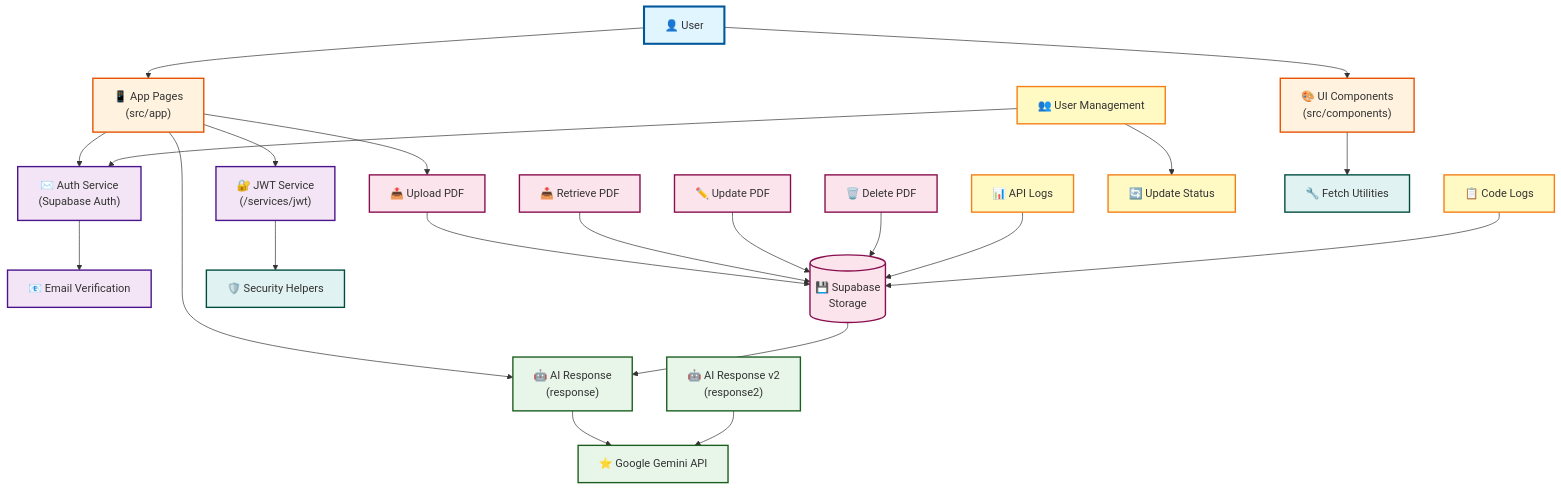
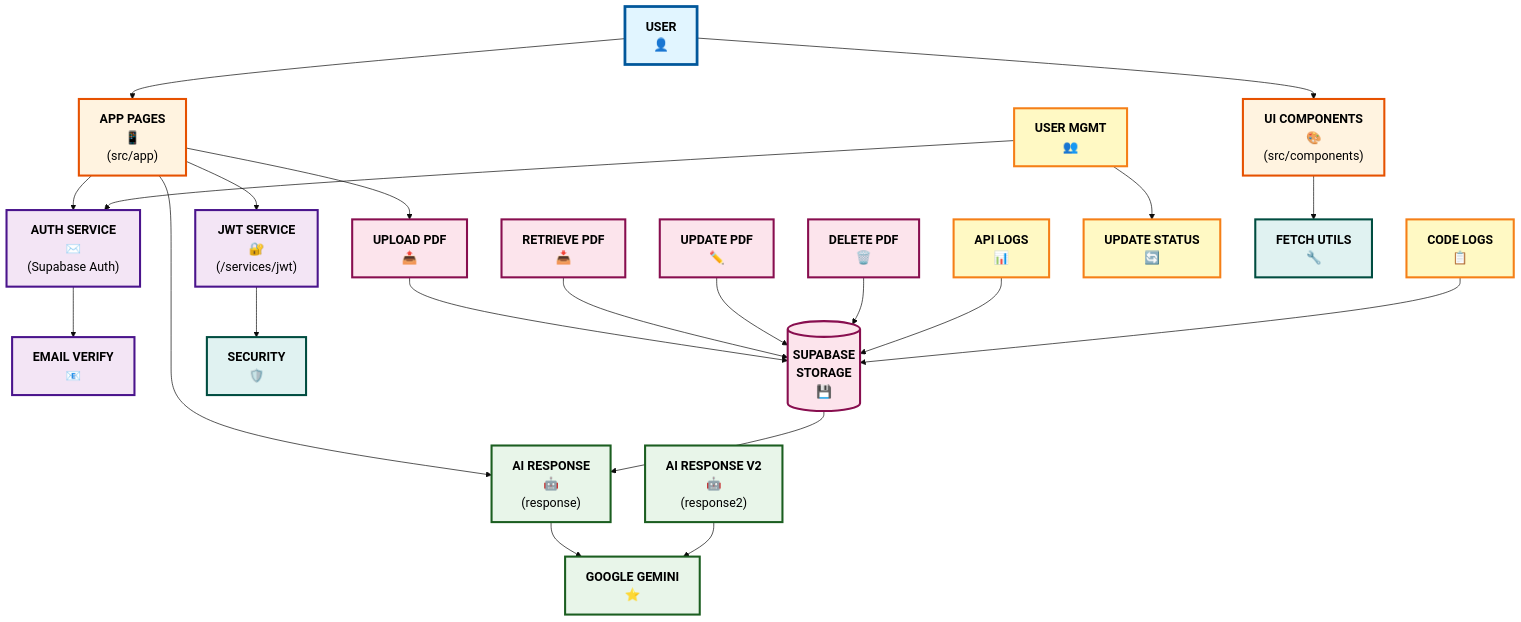
One commit to cordyStackX/lccb_ai_2 changed the diagram in README.md. Above: the diagram before and after it, drawn with Mermaid.

Commit message:
feat: enhance architecture diagram in README with improved labeling and styling for better readability

````diff
--- a/README.md
+++ b/README.md
@@ -71,38 +71,39 @@
 ```mermaid
+%%{init: {'theme':'base', 'themeVariables': {'fontSize':'18px', 'fontFamily':'arial'}}}%%
 flowchart TD
     %% ===== User Interface =====
-    User["👤 User"]
+    User["<b>USER</b><br/>👤"]
     
     %% ===== Presentation Layer =====
-    UI_Pages["📱 App Pages<br/>(src/app)"]
-    UI_Components["🎨 UI Components<br/>(src/components)"]
+    UI_Pages["<b>APP PAGES</b><br/>📱<br/>(src/app)"]
+    UI_Components["<b>UI COMPONENTS</b><br/>🎨<br/>(src/components)"]
     
     %% ===== Authentication Layer =====
-    JWT_Service["🔐 JWT Service<br/>(/services/jwt)"]
-    Auth_Service["✉️ Auth Service<br/>(Supabase Auth)"]
-    Email_Verification["📧 Email Verification"]
+    JWT_Service["<b>JWT SERVICE</b><br/>🔐<br/>(/services/jwt)"]
+    Auth_Service["<b>AUTH SERVICE</b><br/>✉️<br/>(Supabase Auth)"]
+    Email_Verification["<b>EMAIL VERIFY</b><br/>📧"]
     
     %% ===== AI Processing =====
-    AI_Response["🤖 AI Response<br/>(response)"]
-    AI_Response2["🤖 AI Response v2<br/>(response2)"]
-    Gemini_API["⭐ Google Gemini API"]
+    AI_Response["<b>AI RESPONSE</b><br/>🤖<br/>(response)"]
+    AI_Response2["<b>AI RESPONSE V2</b><br/>🤖<br/>(response2)"]
+    Gemini_API["<b>GOOGLE GEMINI</b><br/>⭐"]
     
     %% ===== Storage Layer =====
-    Upload_PDF["📤 Upload PDF"]
-    Retrieve_PDF["📥 Retrieve PDF"]
-    Update_PDF["✏️ Update PDF"]
-    Delete_PDF["🗑️ Delete PDF"]
-    Storage[("💾 Supabase<br/>Storage")]
+    Upload_PDF["<b>UPLOAD PDF</b><br/>📤"]
+    Retrieve_PDF["<b>RETRIEVE PDF</b><br/>📥"]
+    Update_PDF["<b>UPDATE PDF</b><br/>✏️"]
+    Delete_PDF["<b>DELETE PDF</b><br/>🗑️"]
+    Storage[("<b>SUPABASE<br/>STORAGE</b><br/>💾")]
     
     %% ===== Admin Services =====
-    Manage_User["👥 User Management"]
-    API_Logs["📊 API Logs"]
-    Code_Logs["📋 Code Logs"]
-    Update_Status["🔄 Update Status"]
+    Manage_User["<b>USER MGMT</b><br/>👥"]
+    API_Logs["<b>API LOGS</b><br/>📊"]
+    Code_Logs["<b>CODE LOGS</b><br/>📋"]
+    Update_Status["<b>UPDATE STATUS</b><br/>🔄"]
     
     %% ===== Utilities =====
-    Security_Helper["🛡️ Security Helpers"]
-    Fetch_Utils["🔧 Fetch Utilities"]
+    Security_Helper["<b>SECURITY</b><br/>🛡️"]
+    Fetch_Utils["<b>FETCH UTILS</b><br/>🔧"]
     
     %% ===== Flow Connections =====
     User --> UI_Pages
@@ -135,13 +136,13 @@
     Storage --> AI_Response
     
     %% ===== Styling =====
-    classDef userStyle fill:#e1f5ff,stroke:#01579b,stroke-width:3px
-    classDef uiStyle fill:#fff3e0,stroke:#e65100,stroke-width:2px
-    classDef authStyle fill:#f3e5f5,stroke:#4a148c,stroke-width:2px
-    classDef aiStyle fill:#e8f5e9,stroke:#1b5e20,stroke-width:2px
-    classDef storageStyle fill:#fce4ec,stroke:#880e4f,stroke-width:2px
-    classDef adminStyle fill:#fff9c4,stroke:#f57f17,stroke-width:2px
-    classDef utilStyle fill:#e0f2f1,stroke:#004d40,stroke-width:2px
+    classDef userStyle fill:#e1f5ff,stroke:#01579b,stroke-width:4px,color:#000
+    classDef uiStyle fill:#fff3e0,stroke:#e65100,stroke-width:3px,color:#000
+    classDef authStyle fill:#f3e5f5,stroke:#4a148c,stroke-width:3px,color:#000
+    classDef aiStyle fill:#e8f5e9,stroke:#1b5e20,stroke-width:3px,color:#000
+    classDef storageStyle fill:#fce4ec,stroke:#880e4f,stroke-width:3px,color:#000
+    classDef adminStyle fill:#fff9c4,stroke:#f57f17,stroke-width:3px,color:#000
+    classDef utilStyle fill:#e0f2f1,stroke:#004d40,stroke-width:3px,color:#000
     
     class User userStyle
     class UI_Pages,UI_Components uiStyle
````
